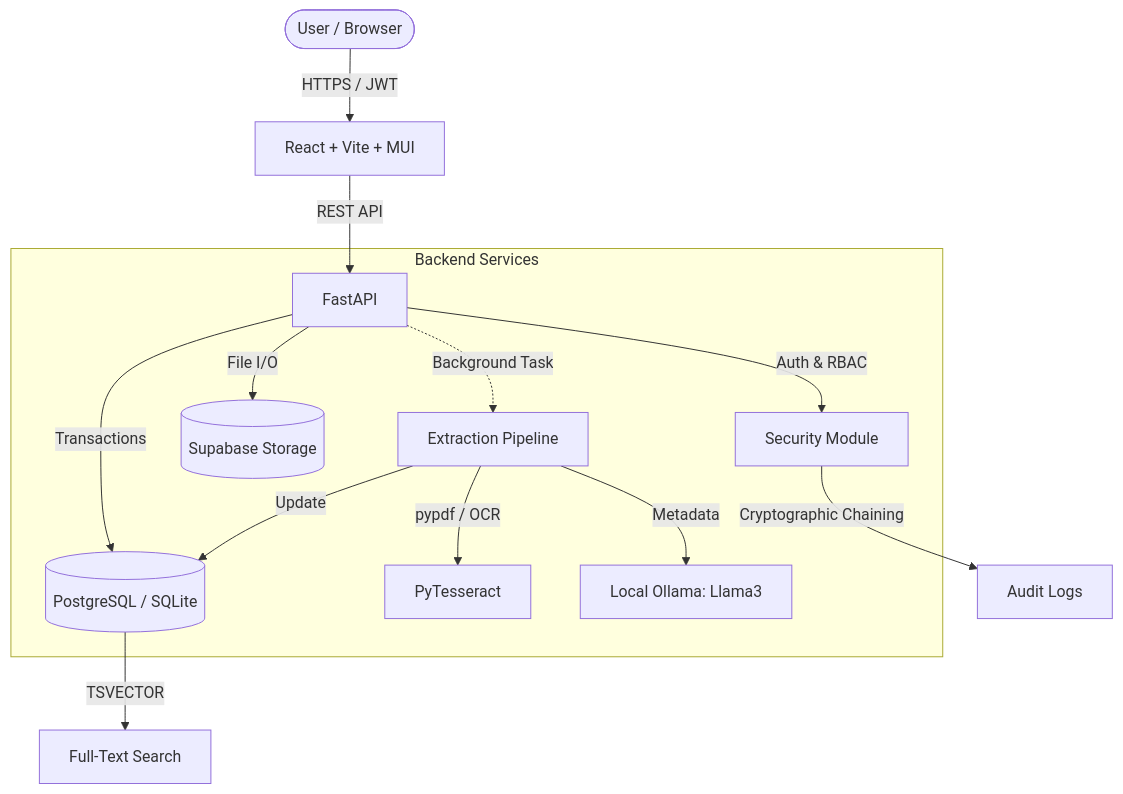
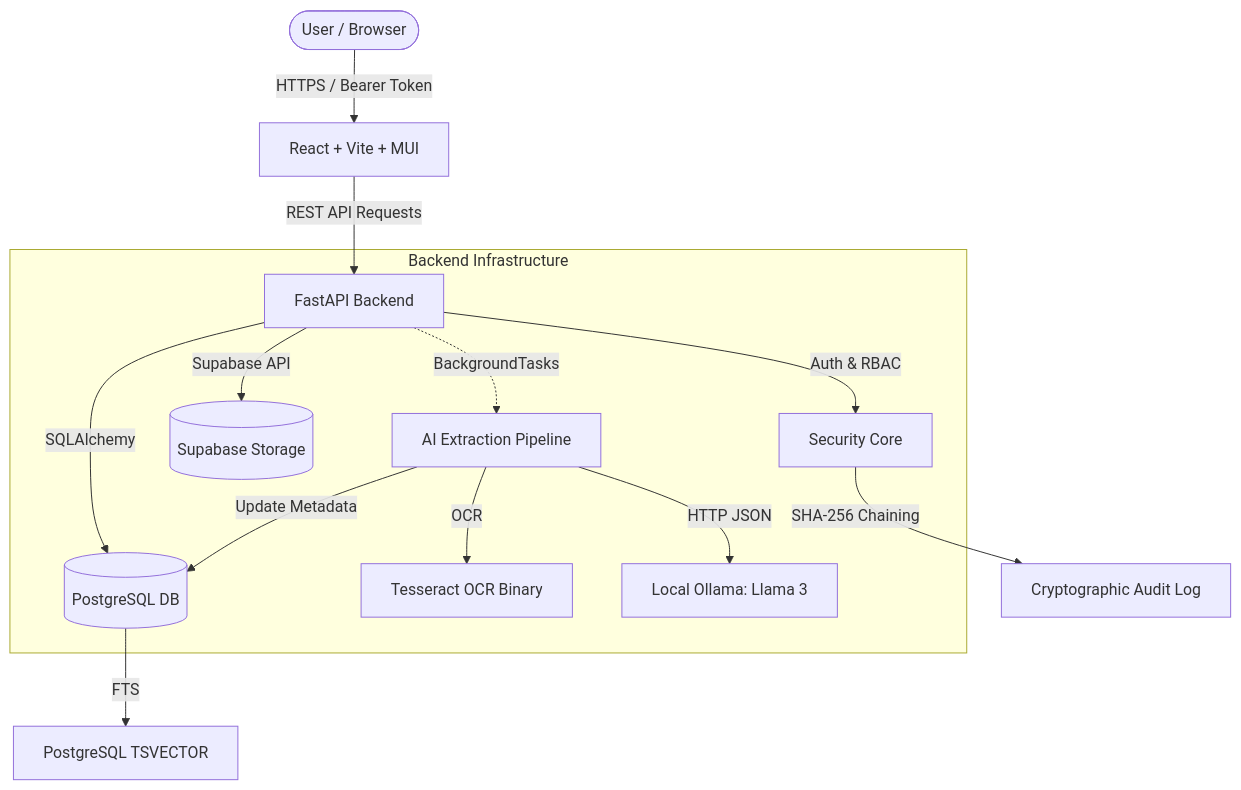
The third of 3 diagrams in README.md (Prabhanshu2025B0384/SDMS), drawn with Mermaid before and after one commit. The commit also changed other lines of this file, not shown here.

````diff
--- a/README.md
+++ b/README.md
@@ -168,19 +142,19 @@
 ```mermaid
 graph TD
-    User([User / Browser]) -->|HTTPS / JWT| Frontend[React + Vite + MUI]
-    Frontend -->|REST API| Backend[FastAPI]
+    Browser([User / Browser]) -->|HTTPS / Bearer Token| Frontend[React + Vite + MUI]
+    Frontend -->|REST API Requests| Backend[FastAPI Backend]
     
-    subgraph Backend Services
-        Backend -->|Auth & RBAC| Auth[Security Module]
-        Backend -->|Transactions| DB[(PostgreSQL / SQLite)]
-        Backend -->|File I/O| Disk[(Supabase Storage)]
+    subgraph Backend Infrastructure
+        Backend -->|Auth & RBAC| AuthSecurity[Security Core]
+        Backend -->|SQLAlchemy| Database[(PostgreSQL DB)]
+        Backend -->|Supabase API| ObjectStorage[(Supabase Storage)]
         
-        Backend -.->|Background Task| Pipeline[Extraction Pipeline]
-        Pipeline -->|pypdf / OCR| PDF[PyTesseract]
-        Pipeline -->|Metadata| AI[Local Ollama: Llama3]
-        Pipeline -->|Update| DB
+        Backend -.->|BackgroundTasks| Extractor[AI Extraction Pipeline]
+        Extractor -->|OCR| Tesseract[Tesseract OCR Binary]
+        Extractor -->|HTTP JSON| Ollama[Local Ollama: Llama 3]
+        Extractor -->|Update Metadata| Database
     end
     
-    DB -->|TSVECTOR| Search[Full-Text Search]
-    Auth -->|Cryptographic Chaining| Audit[Audit Logs]
+    Database -->|FTS| SearchEngine[PostgreSQL TSVECTOR]
+    AuthSecurity -->|SHA-256 Chaining| AuditLog[Cryptographic Audit Log]
 ```
````
